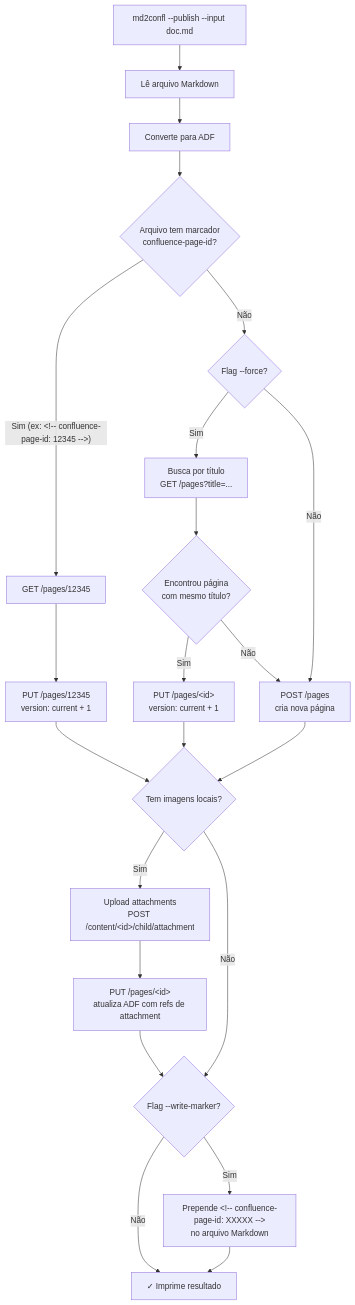
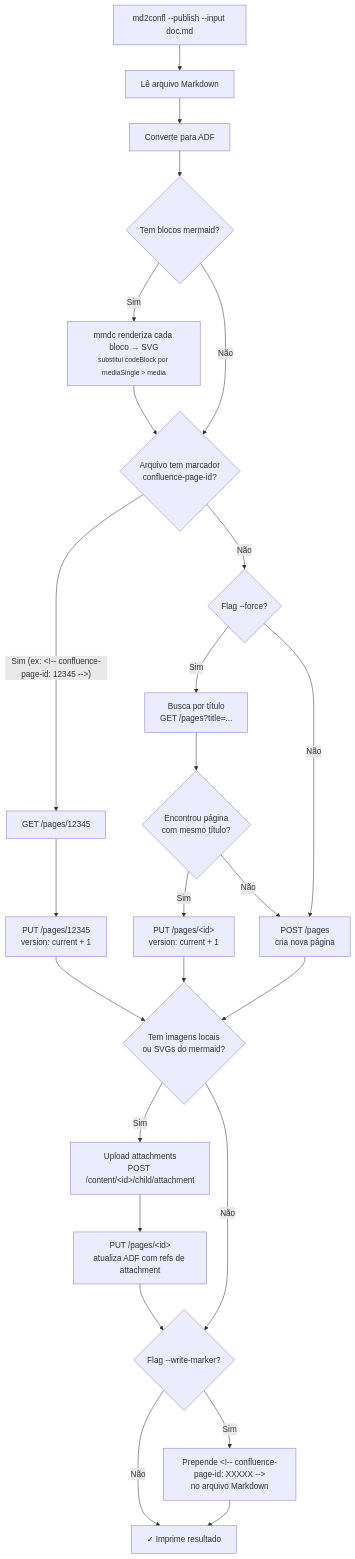
One commit to fmnapoli/md2confl changed the third of 4 diagrams in README.md. Above: the diagram before and after it, drawn with Mermaid. The commit also changed other lines of this file, not shown here.

First line of the commit message:
docs: update README with mmdc prerequisite and mermaid in flow diagrams

````diff
--- a/README.md
+++ b/README.md
@@ -388,28 +392,32 @@
 ```mermaid
 flowchart TD
     Start["md2confl --publish --input doc.md"] --> ReadFile["Lê arquivo Markdown"]
     ReadFile --> Convert["Converte para ADF"]
-    Convert --> HasMarker{"Arquivo tem marcador<br/>confluence-page-id?"}
+    Convert --> HasMermaid{"Tem blocos mermaid?"}
+
+    HasMermaid -- "Sim" --> RenderMermaid["mmdc renderiza cada bloco → SVG<br/><small>substitui codeBlock por mediaSingle > media</small>"]
+    RenderMermaid --> HasMarker
+    HasMermaid -- "Não" --> HasMarker{"Arquivo tem marcador<br/>confluence-page-id?"}
 
     HasMarker -- "Sim (ex: &lt;!-- confluence-page-id: 12345 --&gt;)" --> GetPage["GET /pages/12345"]
     GetPage --> Update["PUT /pages/12345<br/>version: current + 1"]
 
     HasMarker -- "Não" --> HasForce{"Flag --force?"}
     HasForce -- "Sim" --> Search["Busca por título<br/>GET /pages?title=..."]
     Search --> Found{"Encontrou página<br/>com mesmo título?"}
     Found -- "Sim" --> UpdateByTitle["PUT /pages/&lt;id&gt;<br/>version: current + 1"]
     Found -- "Não" --> Create
 
     HasForce -- "Não" --> Create["POST /pages<br/>cria nova página"]
 
-    Update --> Images{"Tem imagens locais?"}
+    Update --> Images{"Tem imagens locais<br/>ou SVGs do mermaid?"}
     UpdateByTitle --> Images
     Create --> Images
     Images -- "Sim" --> Upload["Upload attachments<br/>POST /content/&lt;id&gt;/child/attachment"]
     Upload --> Patch["PUT /pages/&lt;id&gt;<br/>atualiza ADF com refs de attachment"]
     Patch --> Marker
     Images -- "Não" --> Marker{"Flag --write-marker?"}
     Marker -- "Sim" --> WriteMarker["Prepende &lt;!-- confluence-page-id: XXXXX --&gt;<br/>no arquivo Markdown"]
     Marker -- "Não" --> Done["✓ Imprime resultado"]
     WriteMarker --> Done
 ```
````
